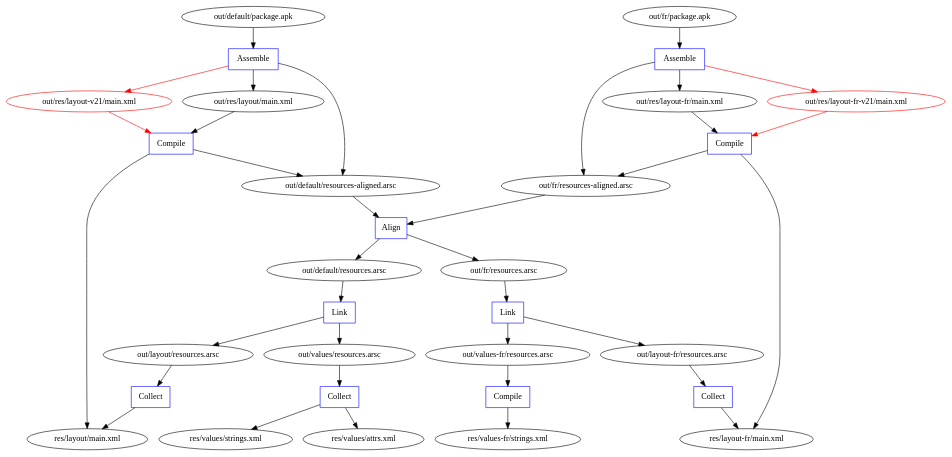
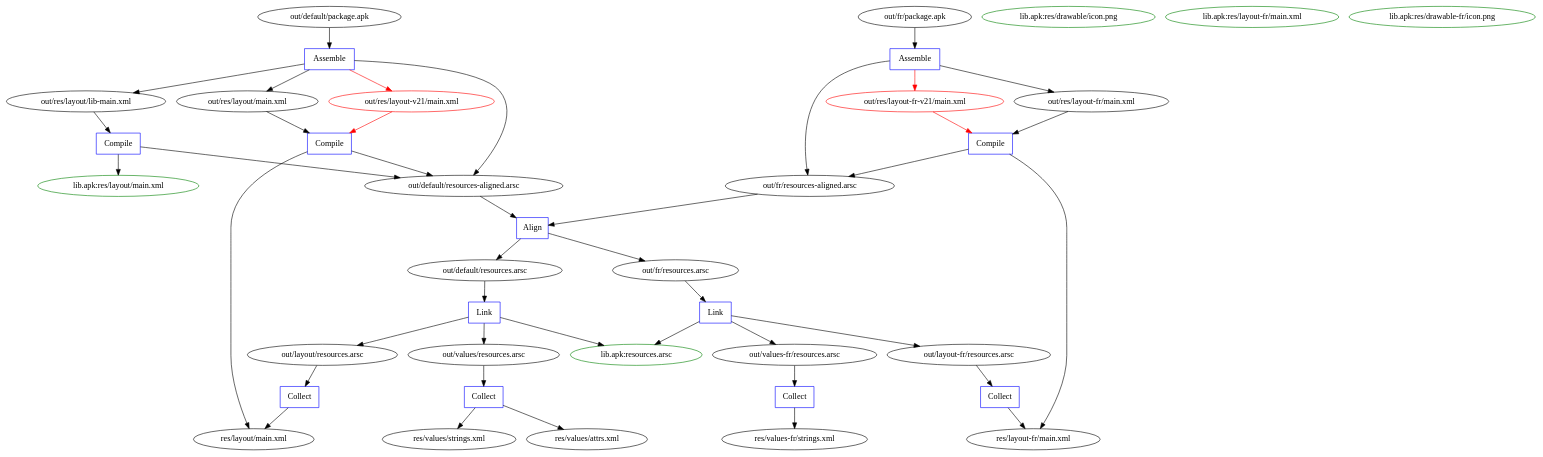
Before and after one commit to Surge1223/aapt2: the diagram in process.dot, drawn with Graphviz. The commit also changed 43 other files, not shown here.

```diff
--- a/process.dot
+++ b/process.dot
@@ -1,92 +1,108 @@
 digraph aapt {
     out_package [label="out/default/package.apk"];
     out_fr_package [label="out/fr/package.apk"];
     out_table_aligned [label="out/default/resources-aligned.arsc"];
     out_table_fr_aligned [label="out/fr/resources-aligned.arsc"];
     out_res_layout_main_xml [label="out/res/layout/main.xml"];
     out_res_layout_v21_main_xml [color=red,label="out/res/layout-v21/main.xml"];
     out_res_layout_fr_main_xml [label="out/res/layout-fr/main.xml"];
     out_res_layout_fr_v21_main_xml [color=red,label="out/res/layout-fr-v21/main.xml"];
     out_table [label="out/default/resources.arsc"];
     out_fr_table [label="out/fr/resources.arsc"];
     out_values_table [label="out/values/resources.arsc"];
     out_layout_table [label="out/layout/resources.arsc"];
     out_values_fr_table [label="out/values-fr/resources.arsc"];
     out_layout_fr_table [label="out/layout-fr/resources.arsc"];
     res_values_strings_xml [label="res/values/strings.xml"];
     res_values_attrs_xml [label="res/values/attrs.xml"];
     res_layout_main_xml [label="res/layout/main.xml"];
     res_layout_fr_main_xml [label="res/layout-fr/main.xml"];
     res_values_fr_strings_xml [label="res/values-fr/strings.xml"];
 
+    lib_apk_resources_arsc [label="lib.apk:resources.arsc",color=green];
+    lib_apk_res_layout_main_xml [label="lib.apk:res/layout/main.xml",color=green];
+    lib_apk_res_drawable_icon_png [label="lib.apk:res/drawable/icon.png",color=green];
+    lib_apk_fr_res_layout_main_xml [label="lib.apk:res/layout-fr/main.xml",color=green];
+    lib_apk_fr_res_drawable_icon_png [label="lib.apk:res/drawable-fr/icon.png",color=green];
+    out_res_layout_lib_main_xml [label="out/res/layout/lib-main.xml"];
+
     out_package -> package_default;
     out_fr_package -> package_fr;
 
     package_default [shape=box,label="Assemble",color=blue];
     package_default -> out_table_aligned;
     package_default -> out_res_layout_main_xml;
     package_default -> out_res_layout_v21_main_xml [color=red];
+    package_default -> out_res_layout_lib_main_xml;
 
     package_fr [shape=box,label="Assemble",color=blue];
     package_fr -> out_table_fr_aligned;
     package_fr -> out_res_layout_fr_main_xml;
     package_fr -> out_res_layout_fr_v21_main_xml [color=red];
 
     out_table_aligned -> align_tables;
     out_table_fr_aligned -> align_tables;
 
     align_tables [shape=box,label="Align",color=blue];
     align_tables -> out_table;
     align_tables -> out_fr_table;
 
     out_table -> link_tables;
 
     link_tables [shape=box,label="Link",color=blue];
     link_tables -> out_values_table;
     link_tables -> out_layout_table;
+    link_tables -> lib_apk_resources_arsc;
 
     out_values_table -> compile_values;
 
     compile_values [shape=box,label="Collect",color=blue];
     compile_values -> res_values_strings_xml;
     compile_values -> res_values_attrs_xml;
 
     out_layout_table -> collect_xml;
 
     collect_xml [shape=box,label="Collect",color=blue];
     collect_xml -> res_layout_main_xml;
 
     out_fr_table -> link_fr_tables;
 
     link_fr_tables [shape=box,label="Link",color=blue];
     link_fr_tables -> out_values_fr_table;
     link_fr_tables -> out_layout_fr_table;
+    link_fr_tables -> lib_apk_resources_arsc;
 
     out_values_fr_table -> compile_values_fr;
 
-    compile_values_fr [shape=box,label="Compile",color=blue];
+    compile_values_fr [shape=box,label="Collect",color=blue];
     compile_values_fr -> res_values_fr_strings_xml;
 
     out_layout_fr_table -> collect_xml_fr;
 
     collect_xml_fr [shape=box,label="Collect",color=blue];
     collect_xml_fr -> res_layout_fr_main_xml;
 
     compile_res_layout_main_xml [shape=box,label="Compile",color=blue];
 
     out_res_layout_main_xml -> compile_res_layout_main_xml;
 
     out_res_layout_v21_main_xml -> compile_res_layout_main_xml [color=red];
 
     compile_res_layout_main_xml -> res_layout_main_xml;
     compile_res_layout_main_xml -> out_table_aligned;
 
     compile_res_layout_fr_main_xml [shape=box,label="Compile",color=blue];
 
     out_res_layout_fr_main_xml -> compile_res_layout_fr_main_xml;
 
     out_res_layout_fr_v21_main_xml -> compile_res_layout_fr_main_xml [color=red];
 
     compile_res_layout_fr_main_xml -> res_layout_fr_main_xml;
     compile_res_layout_fr_main_xml -> out_table_fr_aligned;
+
+    out_res_layout_lib_main_xml -> compile_res_layout_lib_main_xml;
+
+    compile_res_layout_lib_main_xml [shape=box,label="Compile",color=blue];
+    compile_res_layout_lib_main_xml -> out_table_aligned;
+    compile_res_layout_lib_main_xml -> lib_apk_res_layout_main_xml;
 }
```
